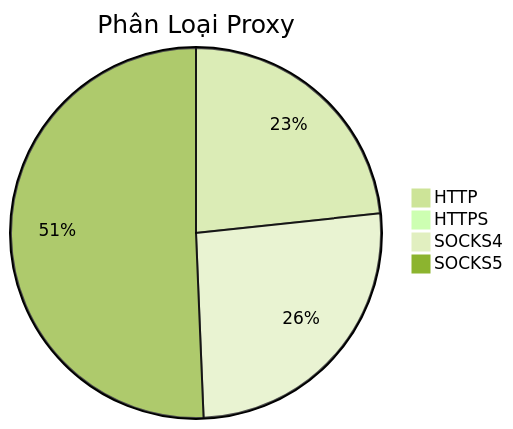
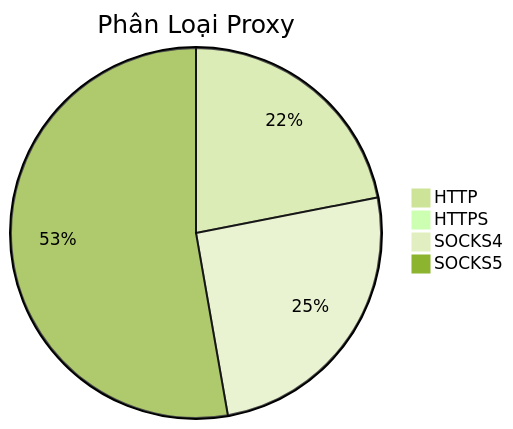
One commit to Ciara-Aa/PROXY-free changed the diagram in README.md. Above: the diagram before and after it, drawn with Mermaid (forest theme). The commit also changed other lines of this file and 4 other files, not shown here.

````diff
--- a/README.md
+++ b/README.md
@@ -26,7 +26,7 @@
 ```mermaid
 pie title Phân Loại Proxy
-    "HTTP" : 196
-    "HTTPS" : 2
-    "SOCKS4" : 219
-    "SOCKS5" : 426
+    "HTTP" : 187
+    "HTTPS" : 1
+    "SOCKS4" : 216
+    "SOCKS5" : 450
 ```
````
